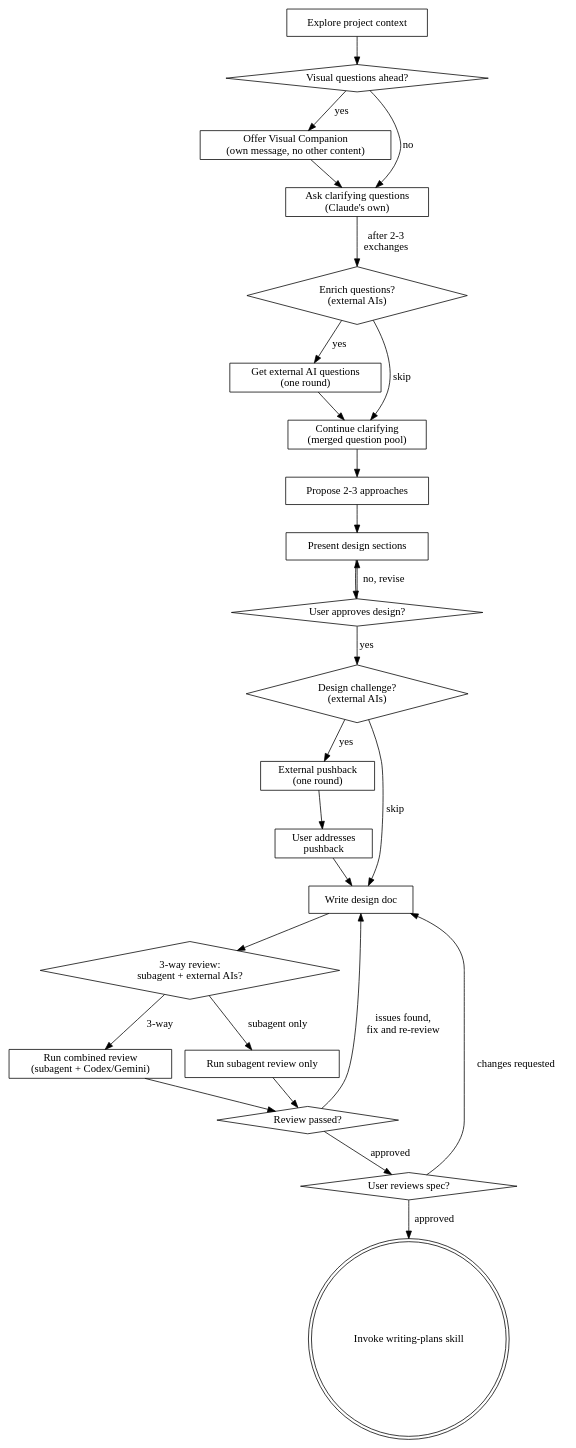
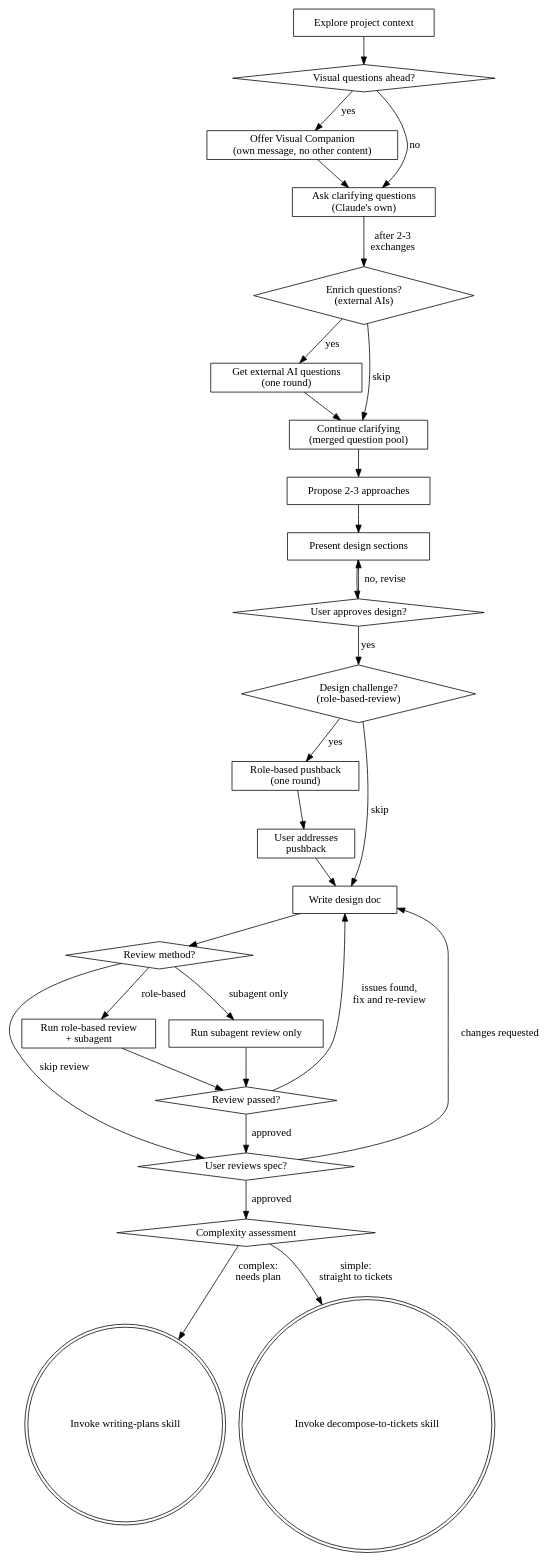
One commit to DejaVu-Cyber/superpowers-consulted changed the diagram in skills/brainstorming/SKILL.md. Above: the diagram before and after it, drawn with Graphviz. The commit also changed other lines of this file and 2 other files, not shown here.

First line of the commit message:
feat: integrate role-based-review and decompose-to-tickets into existing skills

````diff
--- a/skills/brainstorming/SKILL.md
+++ b/skills/brainstorming/SKILL.md
@@ -37,51 +38,56 @@
 ```dot
 digraph brainstorming {
     "Explore project context" [shape=box];
     "Visual questions ahead?" [shape=diamond];
     "Offer Visual Companion\n(own message, no other content)" [shape=box];
     "Ask clarifying questions\n(Claude's own)" [shape=box];
     "Enrich questions?\n(external AIs)" [shape=diamond];
     "Get external AI questions\n(one round)" [shape=box];
     "Continue clarifying\n(merged question pool)" [shape=box];
     "Propose 2-3 approaches" [shape=box];
     "Present design sections" [shape=box];
     "User approves design?" [shape=diamond];
-    "Design challenge?\n(external AIs)" [shape=diamond];
-    "External pushback\n(one round)" [shape=box];
+    "Design challenge?\n(role-based-review)" [shape=diamond];
+    "Role-based pushback\n(one round)" [shape=box];
     "User addresses\npushback" [shape=box];
     "Write design doc" [shape=box];
-    "3-way review:\nsubagent + external AIs?" [shape=diamond];
-    "Run combined review\n(subagent + Codex/Gemini)" [shape=box];
+    "Review method?" [shape=diamond];
+    "Run role-based review\n+ subagent" [shape=box];
     "Run subagent review only" [shape=box];
     "Review passed?" [shape=diamond];
     "User reviews spec?" [shape=diamond];
+    "Complexity assessment" [shape=diamond];
     "Invoke writing-plans skill" [shape=doublecircle];
+    "Invoke decompose-to-tickets skill" [shape=doublecircle];
 
     "Explore project context" -> "Visual questions ahead?";
     "Visual questions ahead?" -> "Offer Visual Companion\n(own message, no other content)" [label="yes"];
     "Visual questions ahead?" -> "Ask clarifying questions\n(Claude's own)" [label="no"];
     "Offer Visual Companion\n(own message, no other content)" -> "Ask clarifying questions\n(Claude's own)";
     "Ask clarifying questions\n(Claude's own)" -> "Enrich questions?\n(external AIs)" [label="after 2-3\nexchanges"];
     "Enrich questions?\n(external AIs)" -> "Get external AI questions\n(one round)" [label="yes"];
     "Enrich questions?\n(external AIs)" -> "Continue clarifying\n(merged question pool)" [label="skip"];
     "Get external AI questions\n(one round)" -> "Continue clarifying\n(merged question pool)";
     "Continue clarifying\n(merged question pool)" -> "Propose 2-3 approaches";
     "Propose 2-3 approaches" -> "Present design sections";
     "Present design sections" -> "User approves design?";
     "User approves design?" -> "Present design sections" [label="no, revise"];
-    "User approves design?" -> "Design challenge?\n(external AIs)" [label="yes"];
-    "Design challenge?\n(external AIs)" -> "External pushback\n(one round)" [label="yes"];
-    "Design challenge?\n(external AIs)" -> "Write design doc" [label="skip"];
-    "External pushback\n(one round)" -> "User addresses\npushback";
+    "User approves design?" -> "Design challenge?\n(role-based-review)" [label="yes"];
+    "Design challenge?\n(role-based-review)" -> "Role-based pushback\n(one round)" [label="yes"];
+    "Design challenge?\n(role-based-review)" -> "Write design doc" [label="skip"];
+    "Role-based pushback\n(one round)" -> "User addresses\npushback";
     "User addresses\npushback" -> "Write design doc";
-    "Write design doc" -> "3-way review:\nsubagent + external AIs?";
-    "3-way review:\nsubagent + external AIs?" -> "Run combined review\n(subagent + Codex/Gemini)" [label="3-way"];
-    "3-way review:\nsubagent + external AIs?" -> "Run subagent review only" [label="subagent only"];
-    "Run combined review\n(subagent + Codex/Gemini)" -> "Review passed?";
+    "Write design doc" -> "Review method?";
+    "Review method?" -> "Run role-based review\n+ subagent" [label="role-based"];
+    "Review method?" -> "Run subagent review only" [label="subagent only"];
+    "Review method?" -> "User reviews spec?" [label="skip review"];
+    "Run role-based review\n+ subagent" -> "Review passed?";
     "Run subagent review only" -> "Review passed?";
     "Review passed?" -> "Write design doc" [label="issues found,\nfix and re-review"];
     "Review passed?" -> "User reviews spec?" [label="approved"];
     "User reviews spec?" -> "Write design doc" [label="changes requested"];
-    "User reviews spec?" -> "Invoke writing-plans skill" [label="approved"];
+    "User reviews spec?" -> "Complexity assessment" [label="approved"];
+    "Complexity assessment" -> "Invoke writing-plans skill" [label="complex:\nneeds plan"];
+    "Complexity assessment" -> "Invoke decompose-to-tickets skill" [label="simple:\nstraight to tickets"];
 }
 ```
````
